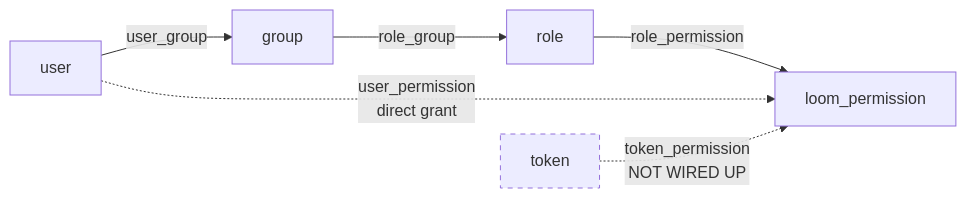
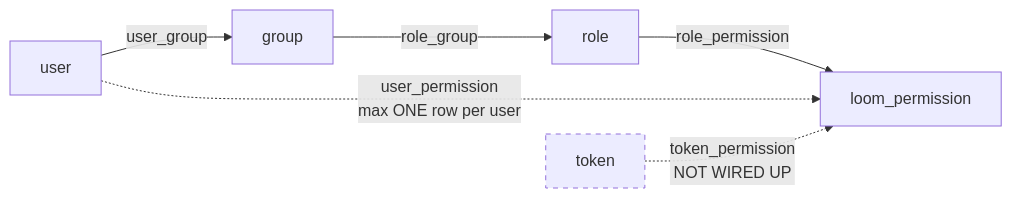
Before and after one commit to metaloom/metaloom: the diagram in spec/features/permissions/PERMISSIONS.md, drawn with Mermaid. The commit also changed other lines of this file and 53 other files, not shown here.

````diff
--- a/spec/features/permissions/PERMISSIONS.md
+++ b/spec/features/permissions/PERMISSIONS.md
@@ -47,10 +31,10 @@
 ```mermaid
 graph LR
     U[user] -->|user_group| G[group]
     G -->|role_group| R[role]
     R -->|role_permission| P[loom_permission]
-    U -.->|user_permission<br/>direct grant| P
+    U -.->|user_permission<br/>max ONE row per user| P
     T[token] -.->|token_permission<br/>NOT WIRED UP| P
 
     style T stroke-dasharray: 5 5
 ```
````
